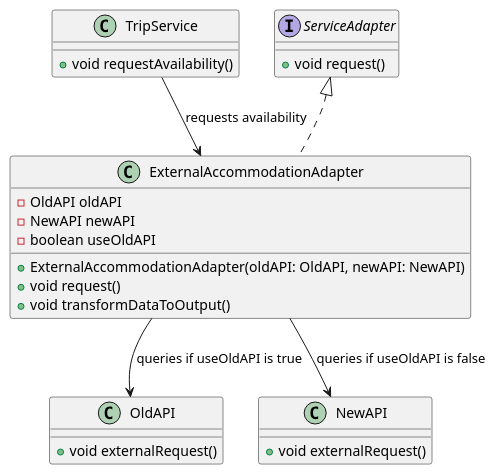
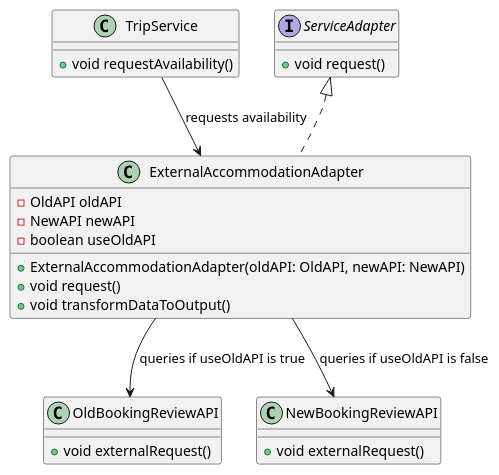
The diagram in software-guidebook/vervangenClassDiagram.puml (AIM-ENE-feb25/triptop-groep-5), drawn with PlantUML before and after one commit. The commit also changed 4 other files, not shown here.

```diff
--- a/software-guidebook/vervangenClassDiagram.puml
+++ b/software-guidebook/vervangenClassDiagram.puml
@@ -1,33 +1,35 @@
 @startuml
+
+'Main not included'
 
 class TripService {
     +void requestAvailability()
 }
 
 interface ServiceAdapter {
     +void request()
 }
 
 class ExternalAccommodationAdapter {
     -OldAPI oldAPI
     -NewAPI newAPI
     -boolean useOldAPI
     +ExternalAccommodationAdapter(oldAPI: OldAPI, newAPI: NewAPI)
     +void request()
     +void transformDataToOutput()
 }
 
-class OldAPI {
+class OldBookingReviewAPI {
     +void externalRequest()
 }
 
-class NewAPI {
+class NewBookingReviewAPI {
     +void externalRequest()
 }
 
 TripService --> ExternalAccommodationAdapter : requests availability
-ExternalAccommodationAdapter --> OldAPI : queries if useOldAPI is true
-ExternalAccommodationAdapter --> NewAPI : queries if useOldAPI is false
+ExternalAccommodationAdapter --> OldBookingReviewAPI : queries if useOldAPI is true
+ExternalAccommodationAdapter --> NewBookingReviewAPI : queries if useOldAPI is false
 ServiceAdapter <|.. ExternalAccommodationAdapter
 
 @enduml
```
